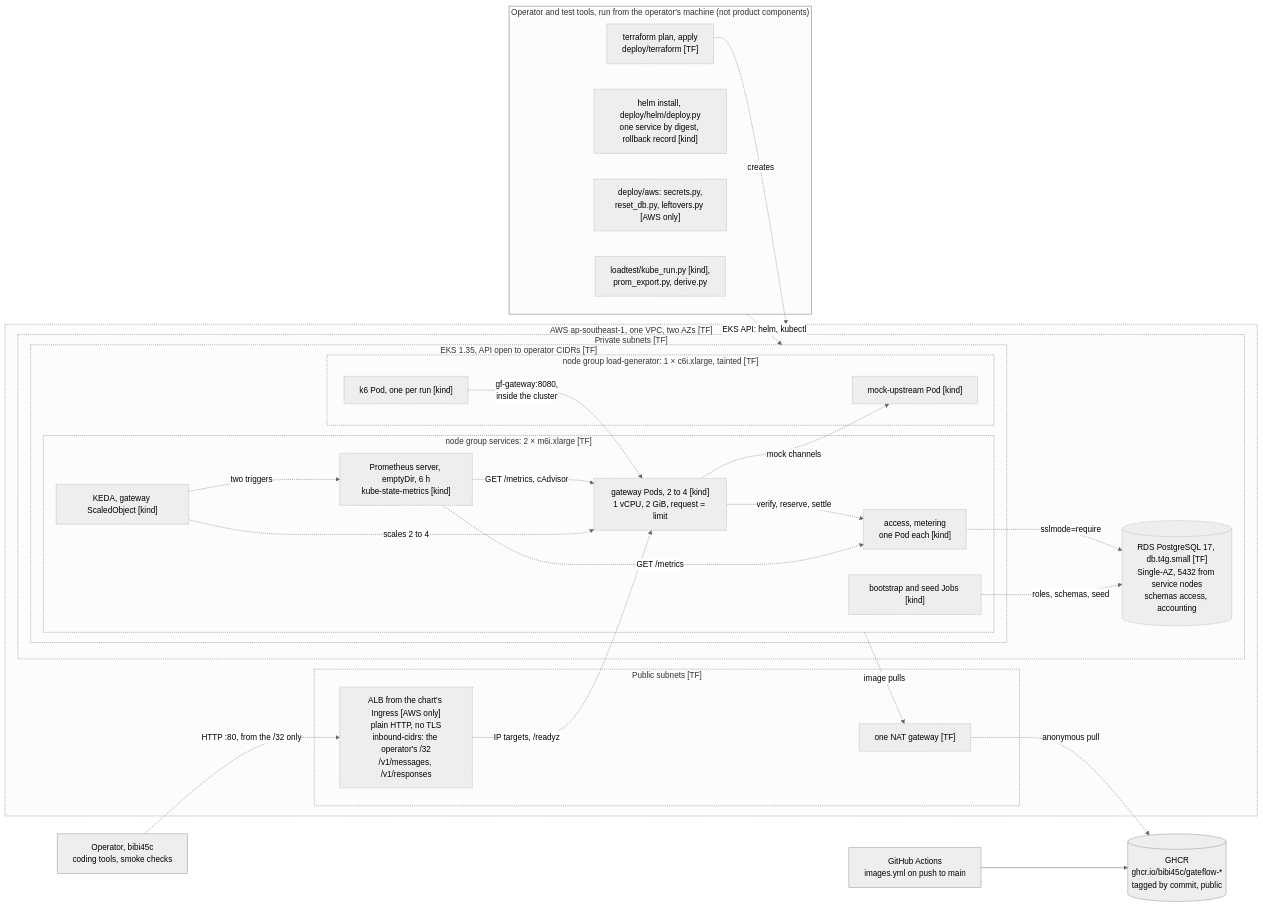
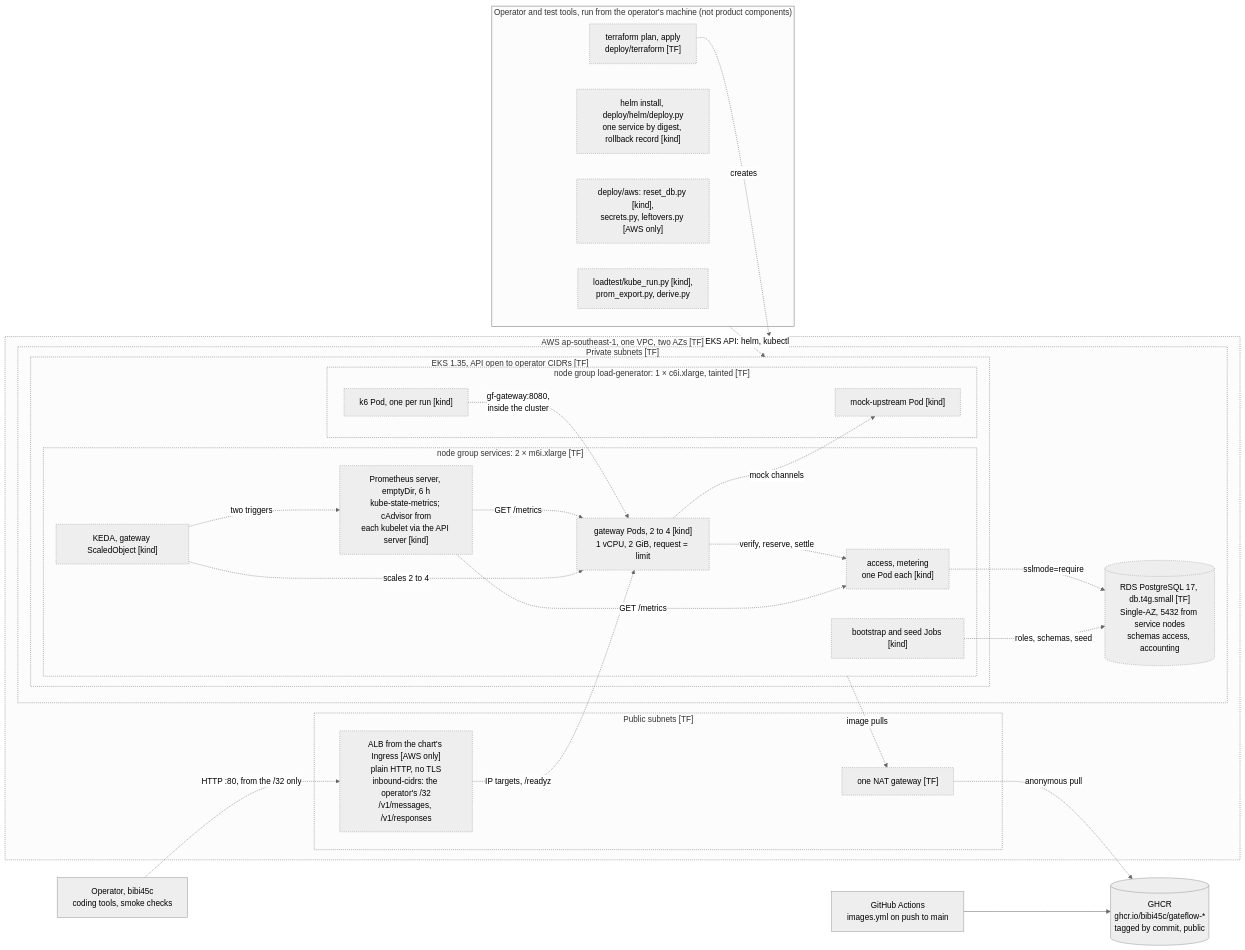
The fourth of 8 diagrams in docs/diagrams/as-built.md (bibi45c/gateflow), drawn with Mermaid (neutral theme) before and after one commit. The commit also changed other lines of this file, not shown here.

````diff
--- a/docs/diagrams/as-built.md
+++ b/docs/diagrams/as-built.md
@@ -261,63 +262,63 @@
 ```mermaid
 flowchart LR
   OPR["Operator, bibi45c<br/>coding tools, smoke checks"]
 
   subgraph ops["Operator and test tools, run from the operator's machine (not product components)"]
     TFC["terraform plan, apply<br/>deploy/terraform [TF]"]
     DEP["helm install, deploy/helm/deploy.py<br/>one service by digest, rollback record [kind]"]
-    AWSS["deploy/aws: secrets.py,<br/>reset_db.py, leftovers.py [AWS only]"]
+    AWSS["deploy/aws: reset_db.py [kind],<br/>secrets.py, leftovers.py [AWS only]"]
     LT["loadtest/kube_run.py [kind],<br/>prom_export.py, derive.py"]
   end
 
   subgraph aws["AWS ap-southeast-1, one VPC, two AZs [TF]"]
     subgraph pub["Public subnets [TF]"]
       ALB["ALB from the chart's Ingress [AWS only]<br/>plain HTTP, no TLS<br/>inbound-cidrs: the operator's /32<br/>/v1/messages, /v1/responses"]
       NAT["one NAT gateway [TF]"]
     end
     subgraph priv["Private subnets [TF]"]
       subgraph eks["EKS 1.35, API open to operator CIDRs [TF]"]
         subgraph svc["node group services: 2 × m6i.xlarge [TF]"]
           GW["gateway Pods, 2 to 4 [kind]<br/>1 vCPU, 2 GiB, request = limit"]
           ACM["access, metering<br/>one Pod each [kind]"]
           JOB["bootstrap and seed Jobs [kind]"]
-          PROM["Prometheus server, emptyDir, 6 h<br/>kube-state-metrics [kind]"]
+          PROM["Prometheus server, emptyDir, 6 h<br/>kube-state-metrics; cAdvisor from<br/>each kubelet via the API server [kind]"]
           KEDA["KEDA, gateway ScaledObject [kind]"]
         end
         subgraph gen["node group load-generator: 1 × c6i.xlarge, tainted [TF]"]
           MU["mock-upstream Pod [kind]"]
           K6["k6 Pod, one per run [kind]"]
         end
       end
       RDS[("RDS PostgreSQL 17, db.t4g.small [TF]<br/>Single-AZ, 5432 from service nodes<br/>schemas access, accounting")]
     end
   end
 
   GA["GitHub Actions<br/>images.yml on push to main"]
   GHCR[("GHCR<br/>ghcr.io/bibi45c/gateflow-*<br/>tagged by commit, public")]
 
   OPR -.->|"HTTP :80, from the /32 only"| ALB
   ALB -.->|"IP targets, /readyz"| GW
   GW -.->|"verify, reserve, settle"| ACM
   GW -.->|"mock channels"| MU
   K6 -.->|"gf-gateway:8080,<br/>inside the cluster"| GW
   ACM -.->|"sslmode=require"| RDS
   JOB -.->|"roles, schemas, seed"| RDS
-  PROM -.->|"GET /metrics, cAdvisor"| GW
+  PROM -.->|"GET /metrics"| GW
   PROM -.->|"GET /metrics"| ACM
   KEDA -.->|"two triggers"| PROM
   KEDA -.->|"scales 2 to 4"| GW
   TFC -.->|"creates"| aws
   ops -.->|"EKS API: helm, kubectl"| eks
   GA --> GHCR
   svc -.->|"image pulls"| NAT
   NAT -.->|"anonymous pull"| GHCR
 
   classDef notrun stroke-dasharray:2 2
   class TFC,DEP,AWSS,LT,ALB,NAT,GW,ACM,JOB,PROM,KEDA,MU,K6,RDS notrun
   style aws stroke-dasharray:2 2
   style pub stroke-dasharray:2 2
   style priv stroke-dasharray:2 2
   style eks stroke-dasharray:2 2
   style svc stroke-dasharray:2 2
   style gen stroke-dasharray:2 2
 ```
````
